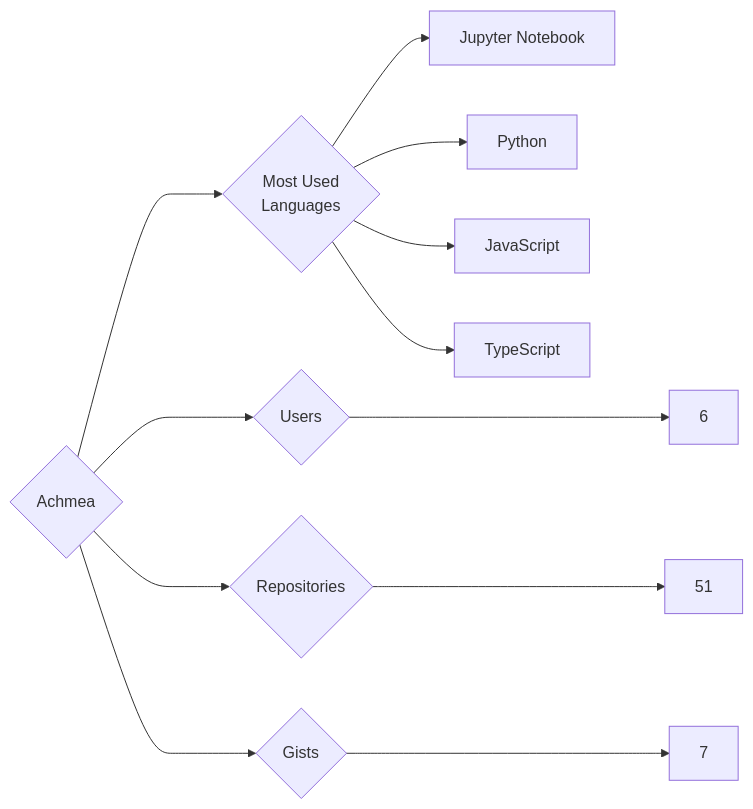
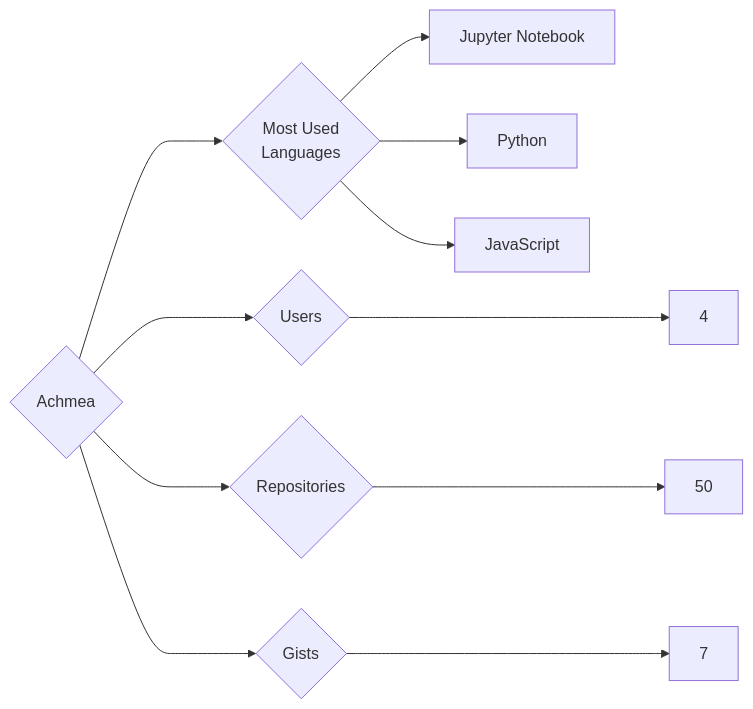
One commit to nenadzaric/insiders changed the diagram in targets/Achmea/README.md. Above: the diagram before and after it, drawn with Mermaid. The commit also changed 28 other files, not shown here.

````diff
--- a/targets/Achmea/README.md
+++ b/targets/Achmea/README.md
@@ -3,12 +3,11 @@
 ```mermaid
 graph LR
 COMPANY_NAME{Achmea}
-COMPANY_NAME ---> U{Users} ---> UN[6]
-COMPANY_NAME ---> R{Repositories} ---> RN[51]
+COMPANY_NAME ---> U{Users} ---> UN[4]
+COMPANY_NAME ---> R{Repositories} ---> RN[50]
 COMPANY_NAME ---> G{Gists} ---> GN[7]
 COMPANY_NAME ---> ML{Most Used<br>Languages}
 ML --> Jupyter_Notebook[Jupyter Notebook]
 ML --> Python[Python]
 ML --> JavaScript[JavaScript]
-ML --> TypeScript[TypeScript]
 ```
````
